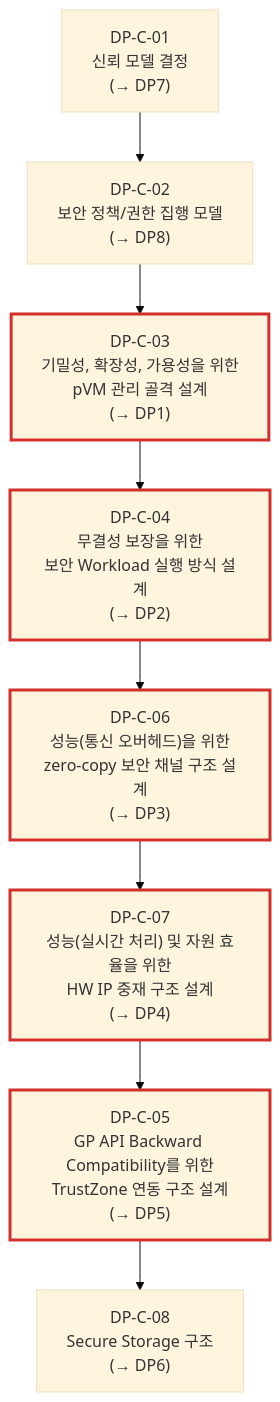
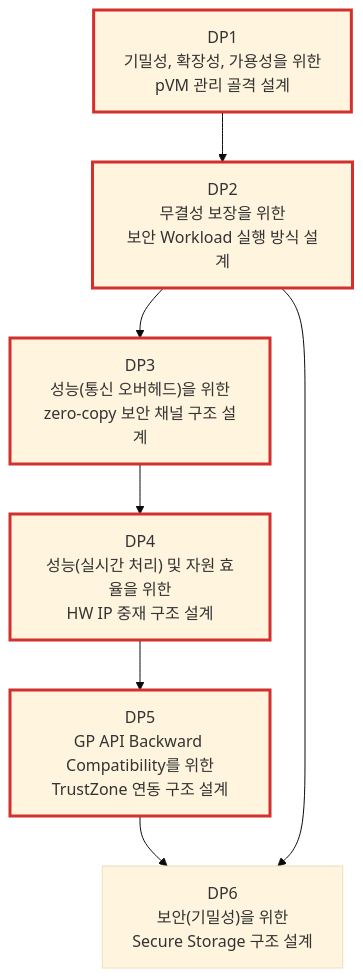
Before and after one commit to boram1288/test-p: the diagram in docs/05_decision_points.md, drawn with Mermaid (base theme). The commit also changed other lines of this file, not shown here.

````diff
--- a/docs/05_decision_points.md
+++ b/docs/05_decision_points.md
@@ -52,22 +40,19 @@
 ```mermaid
 flowchart TD
-    DPC01["DP-C-01<br/>신뢰 모델 결정<br/>(→ DP7)"]
-    DPC02["DP-C-02<br/>보안 정책/권한 집행 모델<br/>(→ DP8)"]
-DPC03["DP-C-03<br/>기밀성, 확장성, 가용성을 위한<br/>pVM 관리 골격 설계<br/>(→ DP1)"]
-DPC04["DP-C-04<br/>무결성 보장을 위한<br/>보안 Workload 실행 방식 설계<br/>(→ DP2)"]
-DPC05["DP-C-05<br/>GP API Backward Compatibility를 위한<br/>TrustZone 연동 구조 설계<br/>(→ DP5)"]
-DPC06["DP-C-06<br/>성능(통신 오버헤드)을 위한<br/>zero-copy 보안 채널 구조 설계<br/>(→ DP3)"]
-DPC07["DP-C-07<br/>성능(실시간 처리) 및 자원 효율을 위한<br/>HW IP 중재 구조 설계<br/>(→ DP4)"]
-    DPC08["DP-C-08<br/>Secure Storage 구조<br/>(→ DP6)"]
+    DP1["DP1<br/>기밀성, 확장성, 가용성을 위한<br/>pVM 관리 골격 설계"]
+    DP2["DP2<br/>무결성 보장을 위한<br/>보안 Workload 실행 방식 설계"]
+    DP3["DP3<br/>성능(통신 오버헤드)을 위한<br/>zero-copy 보안 채널 구조 설계"]
+    DP4["DP4<br/>성능(실시간 처리) 및 자원 효율을 위한<br/>HW IP 중재 구조 설계"]
+    DP5["DP5<br/>GP API Backward Compatibility를 위한<br/>TrustZone 연동 구조 설계"]
+    DP6["DP6<br/>보안(기밀성)을 위한<br/>Secure Storage 구조 설계"]
 
     classDef critical stroke:#d32f2f,stroke-width:3px
-    class DPC03,DPC04,DPC06,DPC07,DPC05 critical
+    class DP1,DP2,DP3,DP4,DP5 critical
 
-    DPC01 --> DPC02
-    DPC02 --> DPC03
-    DPC03 --> DPC04
-    DPC04 --> DPC06
-    DPC06 --> DPC07
-DPC07 --> DPC05
-    DPC05 --> DPC08
+    DP1 --> DP2
+    DP2 --> DP3
+    DP3 --> DP4
+    DP4 --> DP5
+    DP5 --> DP6
+    DP2 --> DP6
 ```
````
